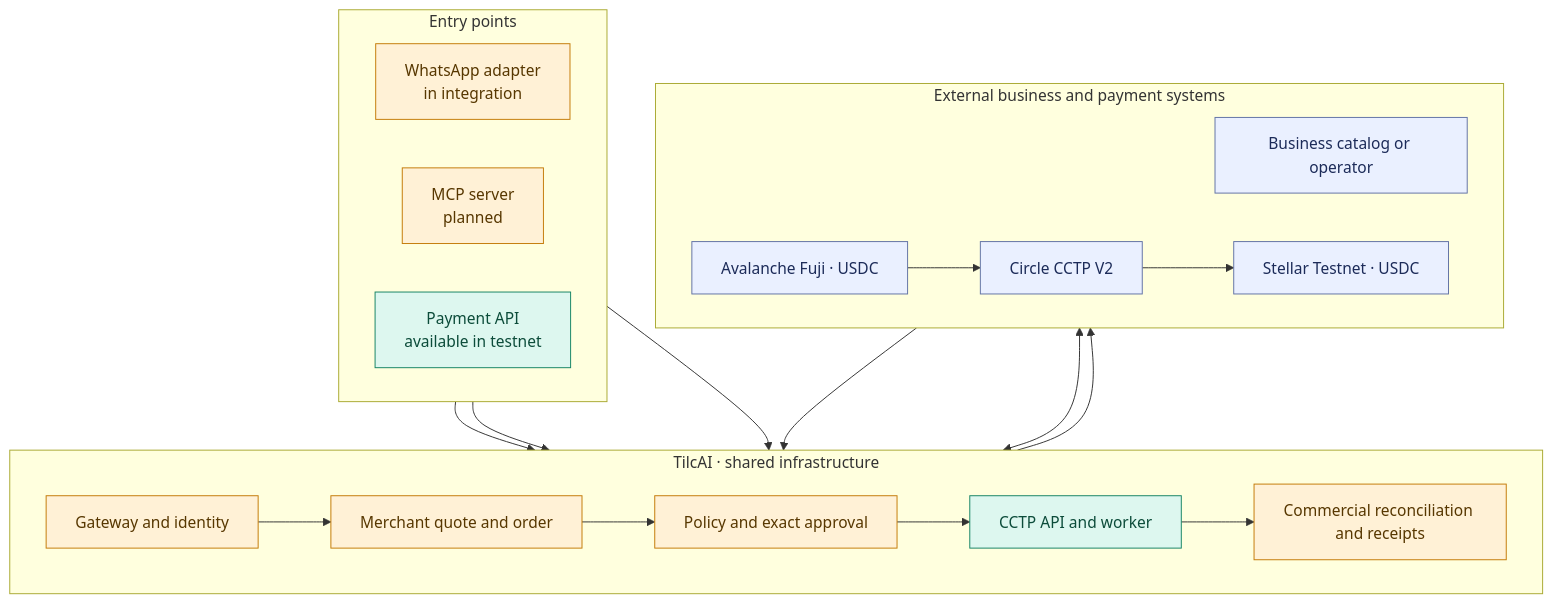
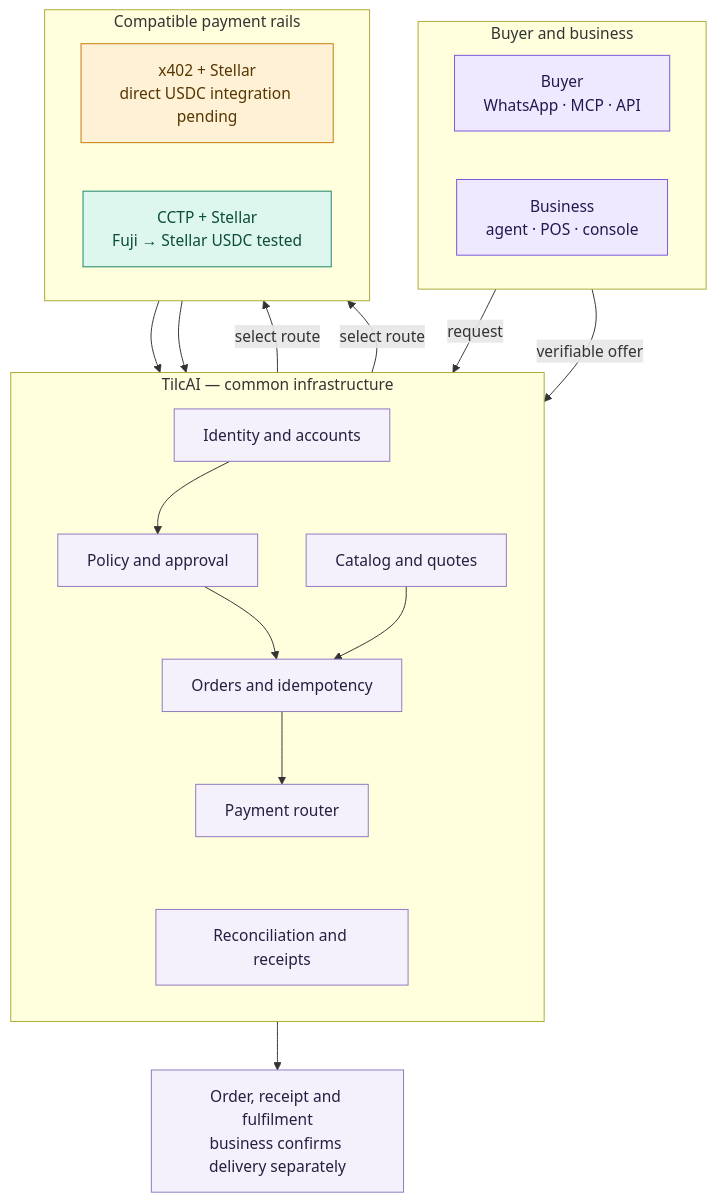
Before and after one commit to TilcAI/.github: the second of 2 diagrams in profile/README.md, drawn with Mermaid. The commit also changed other lines of this file, not shown here.

Commit message:
docs: align profile architecture diagram with product flow

````diff
--- a/profile/README.md
+++ b/profile/README.md
@@ -55,37 +55,40 @@
 ```mermaid
 flowchart TB
-    subgraph ENTRY["Entry points"]
+    subgraph ACTORS["Buyer and business"]
         direction LR
-        WA["WhatsApp adapter<br/>in integration"]
-        MCP["MCP server<br/>planned"]
-        API["Payment API<br/>available in testnet"]
+        BUYER["Buyer<br/>WhatsApp · MCP · API"]
+        BUSINESS["Business<br/>agent · POS · console"]
     end
 
-    subgraph PLATFORM["TilcAI · shared infrastructure"]
-        direction LR
-        GW["Gateway and identity"] --> MQ["Merchant quote and order"]
-        MQ --> PA["Policy and exact approval"]
-        PA --> PAY["CCTP API and worker"]
-        PAY --> REC["Commercial reconciliation and receipts"]
+    subgraph PLATFORM["TilcAI — common infrastructure"]
+        direction TB
+        ID["Identity and accounts"] ~~~ CAT["Catalog and quotes"]
+        POLICY["Policy and approval"] ~~~ ORDER["Orders and idempotency"]
+        ROUTER["Payment router"] ~~~ RECEIPTS["Reconciliation and receipts"]
+        ID --> POLICY --> ORDER --> ROUTER
+        CAT --> ORDER
     end
 
-    subgraph SYSTEMS["External business and payment systems"]
+    subgraph RAILS["Compatible payment rails"]
         direction LR
-        BIZ["Business catalog or operator"]
-        FUJI["Avalanche Fuji · USDC"] --> CCTP["Circle CCTP V2"] --> STELLAR["Stellar Testnet · USDC"]
+        X402["x402 + Stellar<br/>direct USDC integration pending"]
+        CCTP["CCTP + Stellar<br/>Fuji → Stellar USDC tested"]
     end
 
-    WA --> GW
-    MCP --> GW
-    API --> GW
-    MQ <--> BIZ
-    PAY --> FUJI
-    STELLAR --> REC
+    BUYER -->|request| ID
+    BUSINESS -->|verifiable offer| CAT
+    ROUTER -->|select route| X402
+    ROUTER -->|select route| CCTP
+    X402 --> RECEIPTS
+    CCTP --> RECEIPTS
+    RECEIPTS --> FINAL["Order, receipt and fulfilment<br/>business confirms delivery separately"]
 
+    classDef actor fill:#EEE9FF,stroke:#7757D9,color:#25184F;
+    classDef module fill:#F4F1FC,stroke:#8D78BF,color:#261F40;
+    classDef planned fill:#FFF1D6,stroke:#C47B08,color:#573700;
     classDef tested fill:#DDF7EF,stroke:#168465,color:#0C4C3A;
-    classDef building fill:#FFF1D6,stroke:#C47B08,color:#573700;
-    classDef external fill:#EAF0FF,stroke:#6273A5,color:#1C2B59;
-    class API,PAY tested;
-    class WA,MCP,GW,MQ,PA,REC building;
-    class BIZ,FUJI,CCTP,STELLAR external;
+    class BUYER,BUSINESS actor;
+    class ID,CAT,POLICY,ORDER,ROUTER,RECEIPTS,FINAL module;
+    class X402 planned;
+    class CCTP tested;
 ```
````
